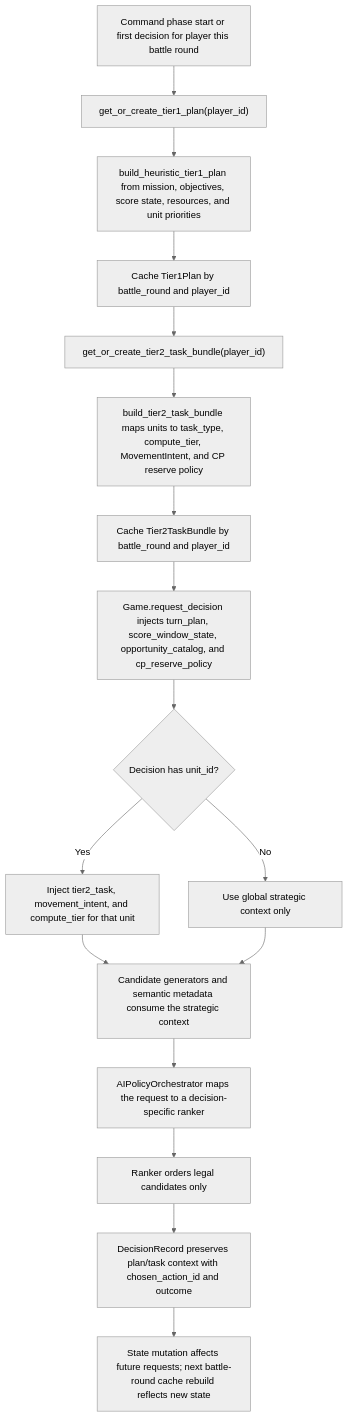
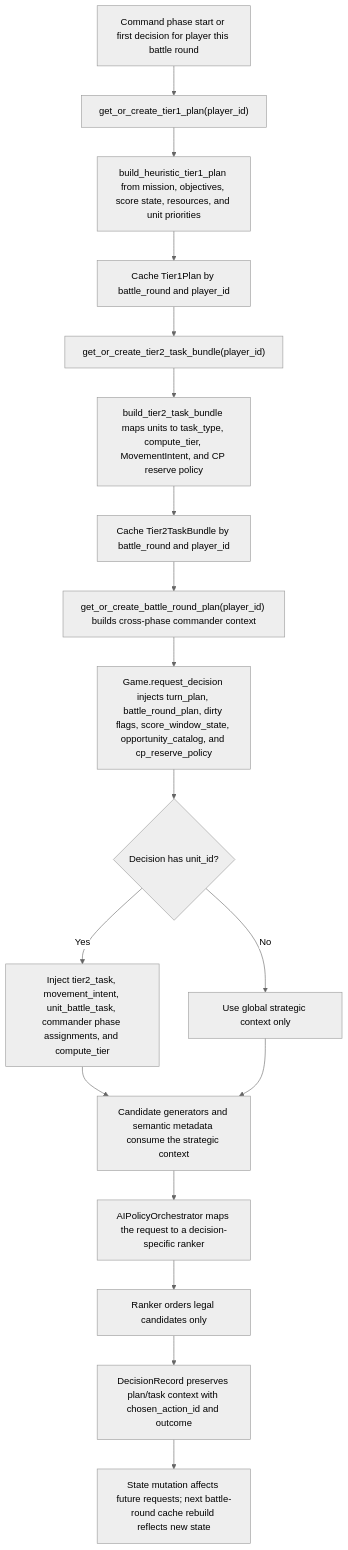
The first of 8 diagrams in docs/AI_POLICY_ORCHESTRATION.md (SobolGaming/Warhammer40k_AI), drawn with Mermaid (neutral theme) before and after one commit. The commit also changed other lines of this file and 10 other files, not shown here.

Commit message:
Add commander orchestration plan scaffold

````diff
--- a/docs/AI_POLICY_ORCHESTRATION.md
+++ b/docs/AI_POLICY_ORCHESTRATION.md
@@ -136,19 +138,20 @@
 ```mermaid
 flowchart TD
   A["Command phase start or first decision for player this battle round"] --> B["get_or_create_tier1_plan(player_id)"]
   B --> C["build_heuristic_tier1_plan from mission, objectives, score state, resources, and unit priorities"]
   C --> D["Cache Tier1Plan by battle_round and player_id"]
   D --> E["get_or_create_tier2_task_bundle(player_id)"]
   E --> F["build_tier2_task_bundle maps units to task_type, compute_tier, MovementIntent, and CP reserve policy"]
   F --> G["Cache Tier2TaskBundle by battle_round and player_id"]
-  G --> H["Game.request_decision injects turn_plan, score_window_state, opportunity_catalog, and cp_reserve_policy"]
-  H --> I{"Decision has unit_id?"}
-  I -->|"Yes"| J["Inject tier2_task, movement_intent, and compute_tier for that unit"]
-  I -->|"No"| K["Use global strategic context only"]
-  J --> L["Candidate generators and semantic metadata consume the strategic context"]
-  K --> L
-  L --> M["AIPolicyOrchestrator maps the request to a decision-specific ranker"]
-  M --> N["Ranker orders legal candidates only"]
-  N --> O["DecisionRecord preserves plan/task context with chosen_action_id and outcome"]
-  O --> P["State mutation affects future requests; next battle-round cache rebuild reflects new state"]
+  G --> H["get_or_create_battle_round_plan(player_id) builds cross-phase commander context"]
+  H --> I["Game.request_decision injects turn_plan, battle_round_plan, dirty flags, score_window_state, opportunity_catalog, and cp_reserve_policy"]
+  I --> J{"Decision has unit_id?"}
+  J -->|"Yes"| K["Inject tier2_task, movement_intent, unit_battle_task, commander phase assignments, and compute_tier"]
+  J -->|"No"| L["Use global strategic context only"]
+  K --> M["Candidate generators and semantic metadata consume the strategic context"]
+  L --> M
+  M --> N["AIPolicyOrchestrator maps the request to a decision-specific ranker"]
+  N --> O["Ranker orders legal candidates only"]
+  O --> P["DecisionRecord preserves plan/task context with chosen_action_id and outcome"]
+  P --> Q["State mutation affects future requests; next battle-round cache rebuild reflects new state"]
 ```
````
